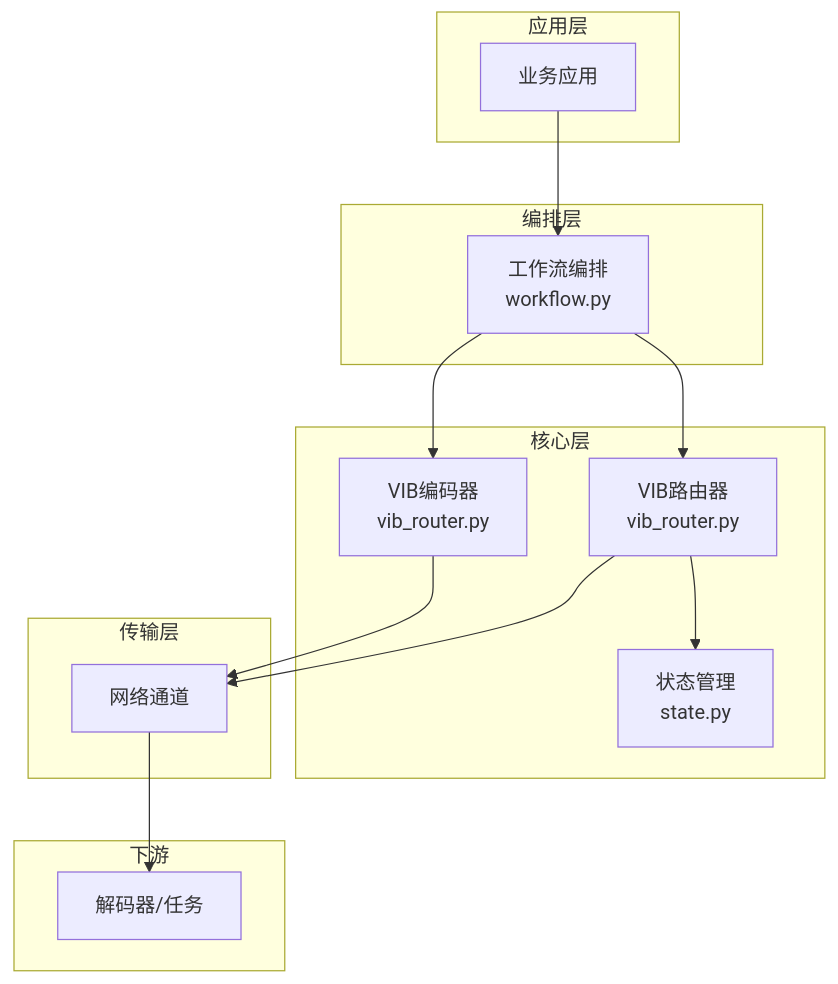
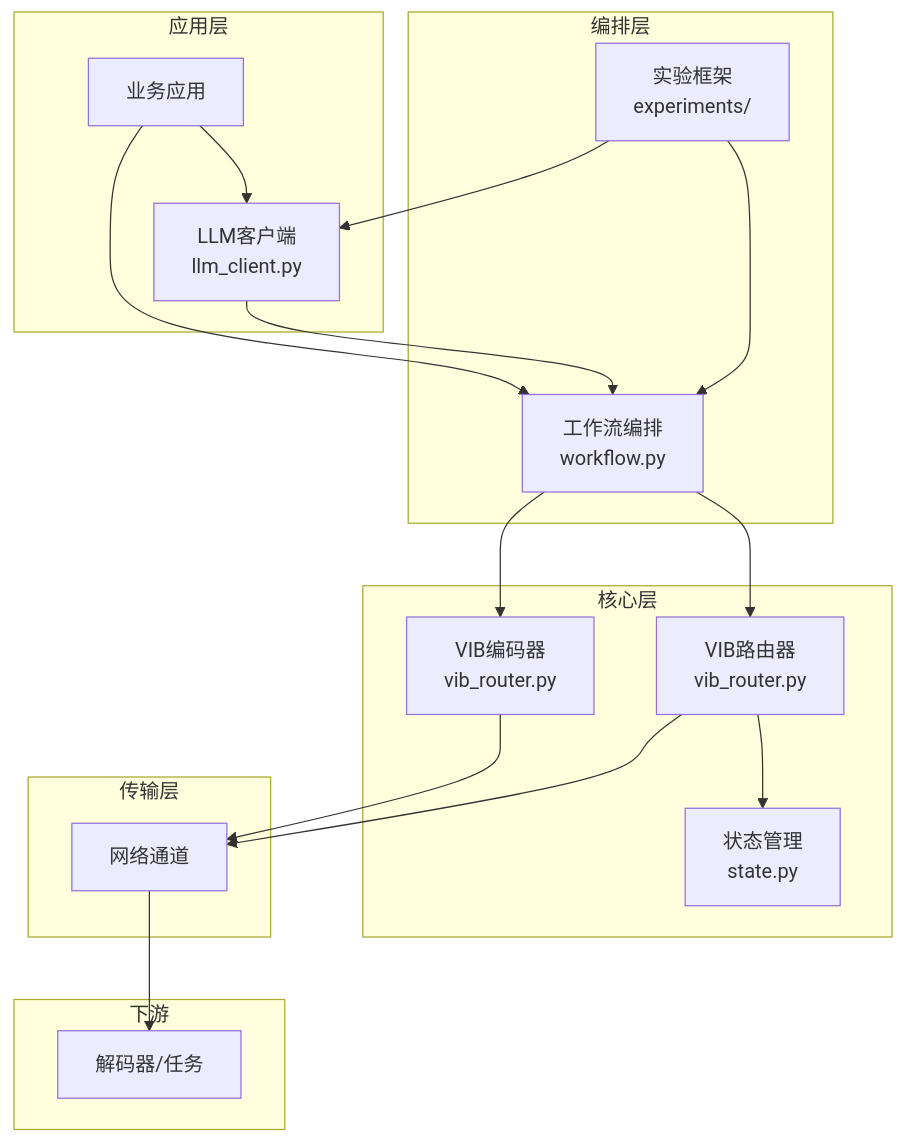
One commit to QuStarry/VIB-SparseCommunication changed the second of 6 diagrams in .qoder/repowiki/zh/content/VIB稀疏通信核心/VIB稀疏通信核心.md. Above: the diagram before and after it, drawn with Mermaid. The commit also changed other lines of this file and 28 other files, not shown here.

````diff
--- a/.qoder/repowiki/zh/content/VIB稀疏通信核心/VIB稀疏通信核心.md
+++ b/.qoder/repowiki/zh/content/VIB稀疏通信核心/VIB稀疏通信核心.md
@@ -88,27 +122,33 @@
 ```mermaid
 graph TB
 subgraph "应用层"
 App["业务应用"]
+LLM["LLM客户端<br/>llm_client.py"]
 end
 subgraph "编排层"
 WF["工作流编排<br/>workflow.py"]
+EXP["实验框架<br/>experiments/"]
 end
 subgraph "核心层"
 ENC["VIB编码器<br/>vib_router.py"]
 ROUTER["VIB路由器<br/>vib_router.py"]
 STATE["状态管理<br/>state.py"]
 end
 subgraph "传输层"
 NET["网络通道"]
 end
 subgraph "下游"
 DEC["解码器/任务"]
 end
 App --> WF
+App --> LLM
+LLM --> WF
 WF --> ENC
 WF --> ROUTER
 ROUTER --> STATE
 ENC --> NET
 ROUTER --> NET
 NET --> DEC
+EXP --> WF
+EXP --> LLM
 ```
````
